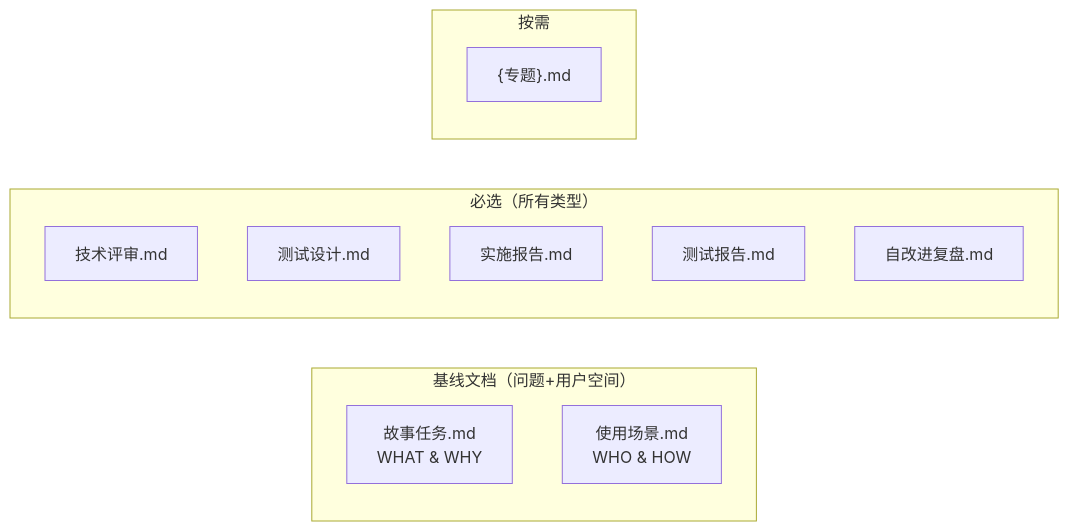
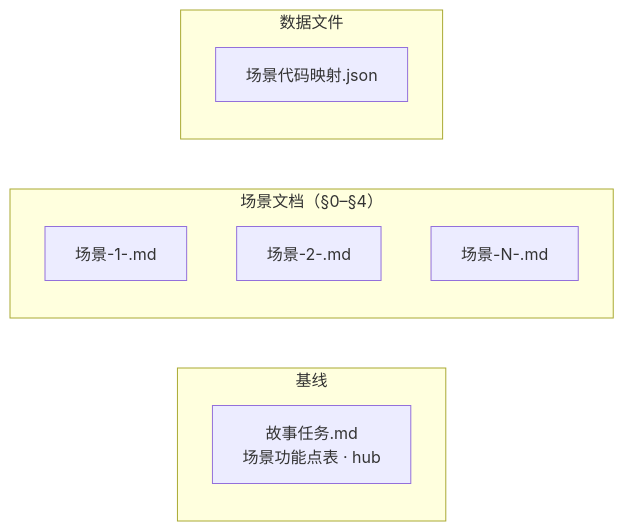
One commit to effiy/YrY changed the first of 3 diagrams in skills/rui/coder.md. Above: the diagram before and after it, drawn with Mermaid. The commit also changed other lines of this file and 28 other files, not shown here.

````diff
--- a/skills/rui/coder.md
+++ b/skills/rui/coder.md
@@ -20,18 +20,14 @@
 ```mermaid
 flowchart LR
-    subgraph 基线["基线文档（问题+用户空间）"]
-        B1["故事任务.md<br/>WHAT & WHY"]:::baseline
-        B2["使用场景.md<br/>WHO & HOW"]:::baseline
+    subgraph 基线["基线"]
+        B1["故事任务.md<br/>场景功能点表 · hub"]:::baseline
     end
-    subgraph 必选["必选（所有类型）"]
-        C1["技术评审.md"]:::must
-        C2["测试设计.md"]:::must
-        C4["实施报告.md"]:::must
-        C5["测试报告.md"]:::must
-        C6["自改进复盘.md"]:::must
+    subgraph 场景["场景文档（§0–§4）"]
+        C1["场景-1-<slug>.md"]:::scene
+        C2["场景-2-<slug>.md"]:::scene
+        C3["场景-N-<slug>.md"]:::scene
     end
-    subgraph 补充["按需"]
-        E1["{专题}.md"]:::supp
+    subgraph 数据["数据文件"]
+        D1["场景代码映射.json"]:::data
     end
-
 ```
````
